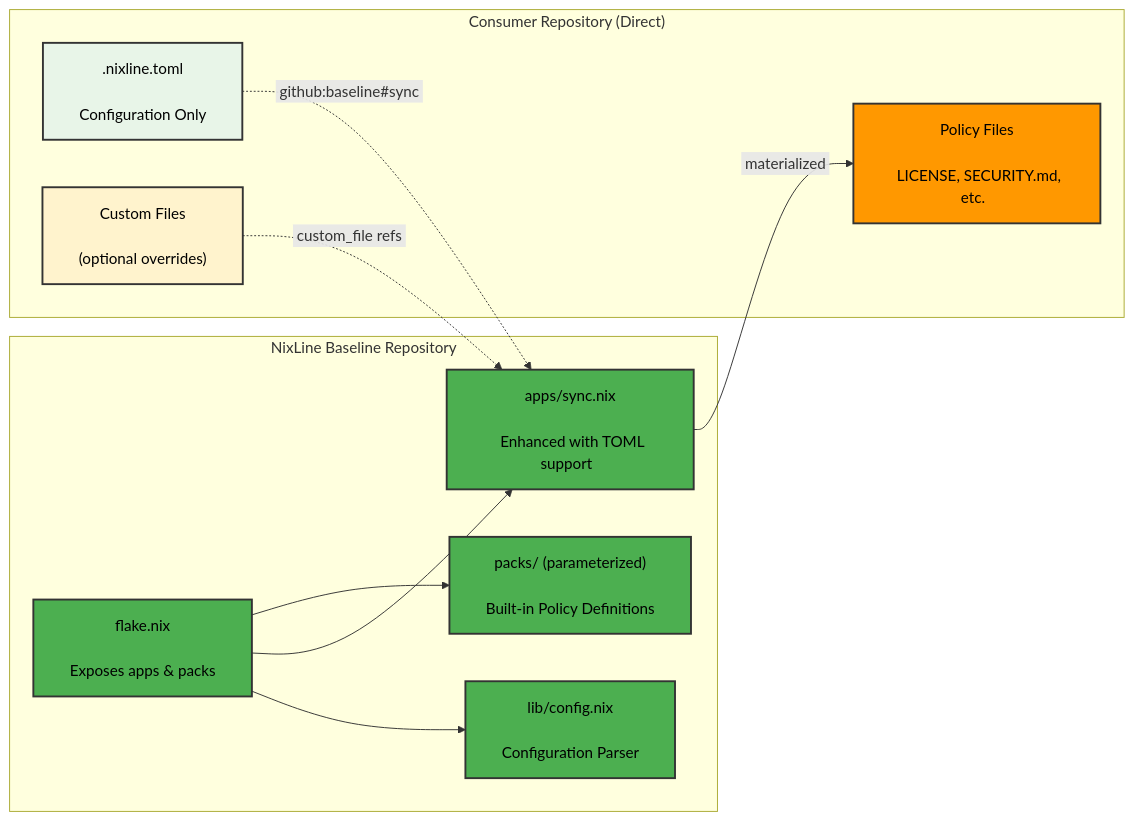
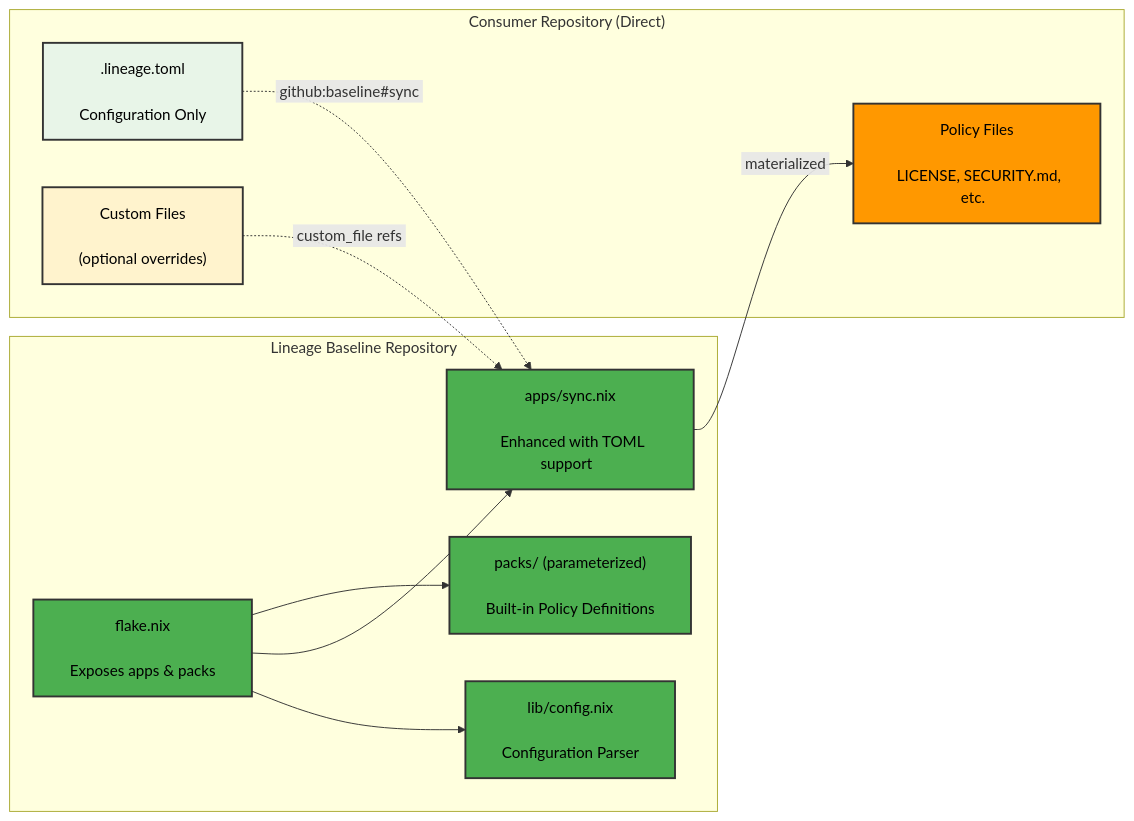
One commit to NixLine-org/nixline-baseline changed the fourth of 11 diagrams in README.md. Above: the diagram before and after it, drawn with Mermaid. The commit also changed other lines of this file and 51 other files, not shown here.

First line of the commit message:
Rename NixLine to Lineage

````diff
--- a/README.md
+++ b/README.md
@@ -310,30 +312,30 @@
 ```mermaid
 graph LR
-    subgraph baseline["&nbsp;&nbsp;&nbsp;&nbsp;NixLine Baseline Repository&nbsp;&nbsp;&nbsp;&nbsp;"]
+    subgraph baseline["&nbsp;&nbsp;&nbsp;&nbsp;Lineage Baseline Repository&nbsp;&nbsp;&nbsp;&nbsp;"]
         B1["&nbsp;&nbsp;flake.nix&nbsp;&nbsp;<br/>&nbsp;<br/>&nbsp;&nbsp;Exposes apps & packs&nbsp;&nbsp;"]
         B2["&nbsp;&nbsp;packs/ (parameterized)&nbsp;&nbsp;<br/>&nbsp;<br/>&nbsp;&nbsp;Built-in Policy Definitions&nbsp;&nbsp;"]
         B3["&nbsp;&nbsp;apps/sync.nix&nbsp;&nbsp;<br/>&nbsp;<br/>&nbsp;&nbsp;Enhanced with TOML support&nbsp;&nbsp;"]
         B4["&nbsp;&nbsp;lib/config.nix&nbsp;&nbsp;<br/>&nbsp;<br/>&nbsp;&nbsp;Configuration Parser&nbsp;&nbsp;"]
         B1 --> B2
         B1 --> B3
         B1 --> B4
     end
 
     subgraph consumer["&nbsp;&nbsp;&nbsp;&nbsp;Consumer Repository (Direct)&nbsp;&nbsp;&nbsp;&nbsp;"]
-        C1["&nbsp;&nbsp;.nixline.toml&nbsp;&nbsp;<br/>&nbsp;<br/>&nbsp;&nbsp;Configuration Only&nbsp;&nbsp;"]
+        C1["&nbsp;&nbsp;.lineage.toml&nbsp;&nbsp;<br/>&nbsp;<br/>&nbsp;&nbsp;Configuration Only&nbsp;&nbsp;"]
         C2["&nbsp;&nbsp;Policy Files&nbsp;&nbsp;<br/>&nbsp;<br/>&nbsp;&nbsp;LICENSE, SECURITY.md, etc.&nbsp;&nbsp;"]
         C3["&nbsp;&nbsp;Custom Files&nbsp;&nbsp;<br/>&nbsp;<br/>&nbsp;&nbsp;(optional overrides)&nbsp;&nbsp;"]
     end
 
     C1 -.->|"&nbsp;github:baseline#sync&nbsp;"| B3
     C3 -.->|"&nbsp;custom_file refs&nbsp;"| B3
     B3 -->|"&nbsp;materialized&nbsp;"| C2
 
     style B1 fill:#4CAF50,color:#000000,stroke:#333,stroke-width:2px
     style B2 fill:#4CAF50,color:#000000,stroke:#333,stroke-width:2px
     style B3 fill:#4CAF50,color:#000000,stroke:#333,stroke-width:2px
     style B4 fill:#4CAF50,color:#000000,stroke:#333,stroke-width:2px
     style C1 fill:#e8f5e8,color:#000000,stroke:#333,stroke-width:2px
     style C2 fill:#FF9800,color:#000000,stroke:#333,stroke-width:2px
     style C3 fill:#fff3cd,color:#000000,stroke:#333,stroke-width:2px
 ```
````
